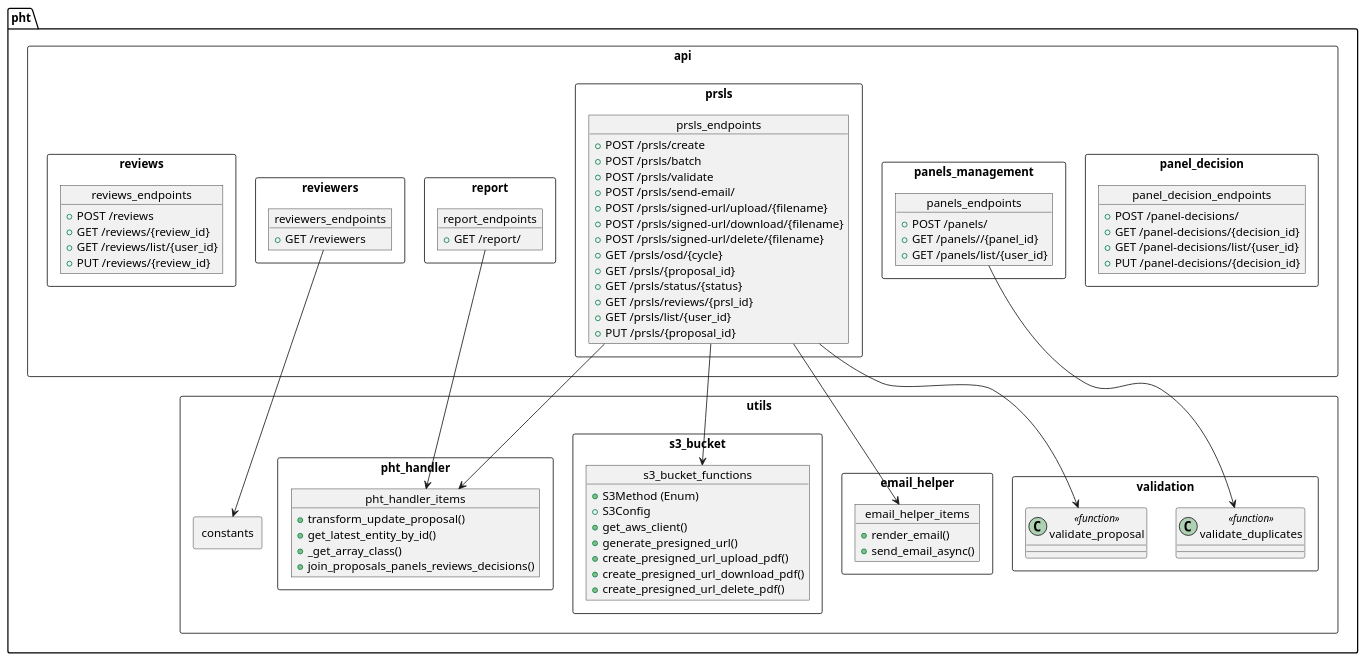
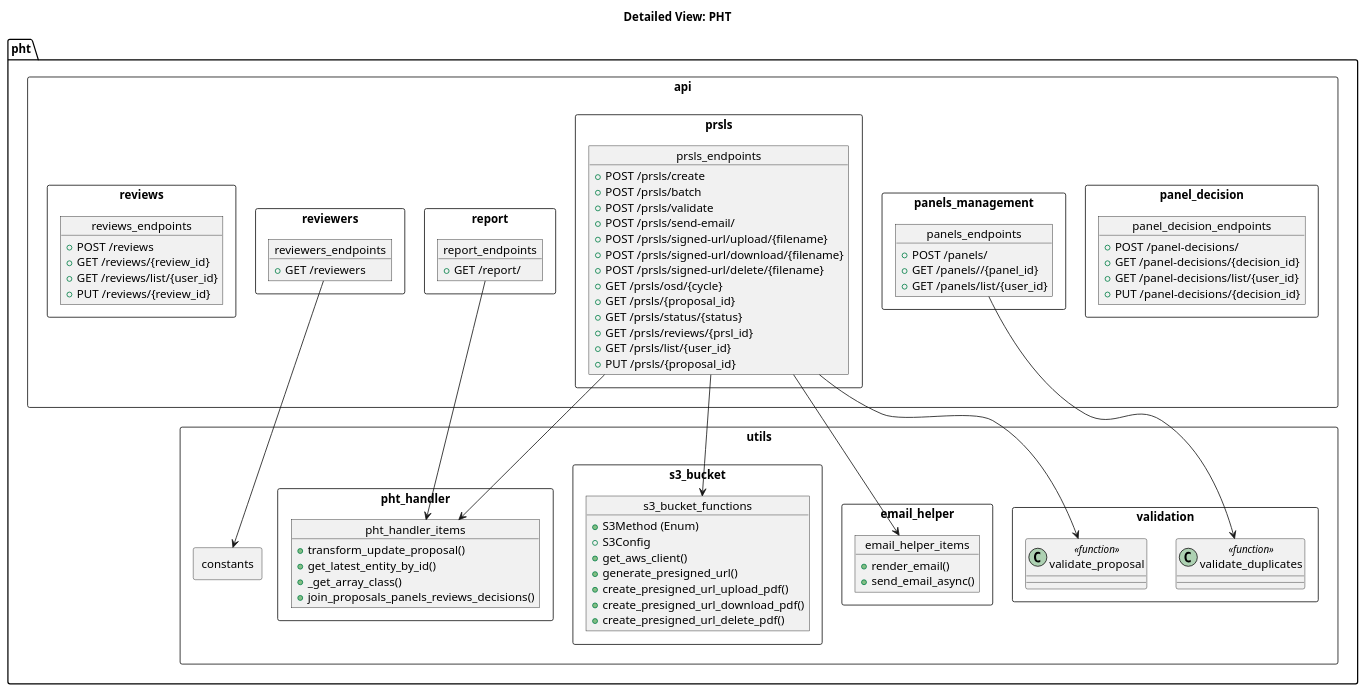
The diagram in docs/src/internal/diagrams/module_view_pht.puml (ska-telescope/ska-oso-services), drawn with PlantUML before and after one commit. The commit also changed 6 other files, not shown here.

Commit message:
STAR-1524 - updates to text and diagram modules

```diff
--- a/docs/src/internal/diagrams/module_view_pht.puml
+++ b/docs/src/internal/diagrams/module_view_pht.puml
@@ -1,111 +1,113 @@
 @startuml
 top to bottom direction
+
+title Detailed View: PHT
 
 package "pht" as pht_pkg {
 
     package "api" <<Rectangle>> {
 
         package "panel_decision" <<Rectangle>> {
             object panel_decision_endpoints{
                 + POST /panel-decisions/
                 + GET /panel-decisions/{decision_id}
                 + GET /panel-decisions/list/{user_id}
                 + PUT /panel-decisions/{decision_id}
             }
         }
         
         package "panels_management" <<Rectangle>> {
             object panels_endpoints {
                 + POST /panels/
                 + GET /panels//{panel_id}
                 + GET /panels/list/{user_id}
             }
         }
         
         package "prsls" <<Rectangle>> {
             object prsls_endpoints{
                 + POST /prsls/create
                 + POST /prsls/batch
                 + POST /prsls/validate
                 + POST /prsls/send-email/
                 + POST /prsls/signed-url/upload/{filename}
                 + POST /prsls/signed-url/download/{filename}
                 + POST /prsls/signed-url/delete/{filename}
                 + GET /prsls/osd/{cycle}
                 + GET /prsls/{proposal_id}
                 + GET /prsls/status/{status}
                 + GET /prsls/reviews/{prsl_id}
                 + GET /prsls/list/{user_id}
                 + PUT /prsls/{proposal_id}
             }
         }
 
         package "report" <<Rectangle>> {
             object report_endpoints{
                 + GET /report/
             }
         }
 
         package "reviewers" <<Rectangle>> {
             object reviewers_endpoints{
                 + GET /reviewers
             }
         }
         
         package "reviews" <<Rectangle>> {
             object reviews_endpoints{
                 + POST /reviews
                 + GET /reviews/{review_id}
                 + GET /reviews/list/{user_id}
                 + PUT /reviews/{review_id}
             }
         }
     }
 
     package "utils" <<Rectangle>> {
         package "email_helper" <<Rectangle>> {
             object email_helper_items {
                 + render_email()
                 + send_email_async()
             }
         }
         package "pht_handler" <<Rectangle>> {
             object pht_handler_items {
                 + transform_update_proposal()
                 + get_latest_entity_by_id()
                 + _get_array_class()
                 + join_proposals_panels_reviews_decisions()
             }
         }
         package "s3_bucket" <<Rectangle>> {
             object s3_bucket_functions {
                 + S3Method (Enum)
                 + S3Config
                 + get_aws_client()
                 + generate_presigned_url()
                 + create_presigned_url_upload_pdf()
                 + create_presigned_url_download_pdf()
                 + create_presigned_url_delete_pdf()
             }
         }
         package "validation" <<Rectangle>> {
             class validate_duplicates <<function>>
             class validate_proposal <<function>>
         }
         
         package "constants" <<Rectangle>> {
         }
     }
     
     ' --- Relationships, return types only ---
     prsls_endpoints --> validate_proposal
     prsls_endpoints --> email_helper_items
     prsls_endpoints --> pht_handler_items
     prsls_endpoints --> s3_bucket_functions
     panels_endpoints --> validate_duplicates
     report_endpoints --> pht_handler_items
     reviewers_endpoints --> constants
     
 
 }
 @enduml
```
